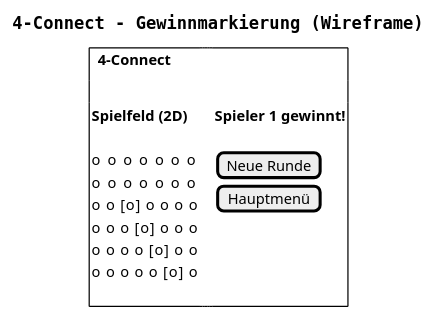
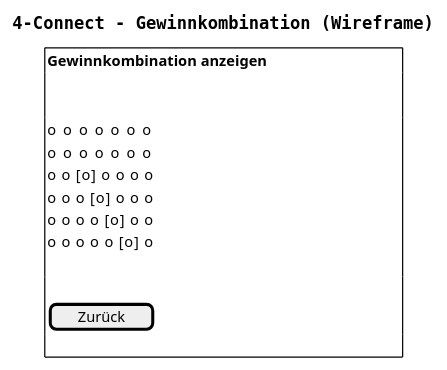
Before and after one commit to realLucas01/SEGR11: the diagram in prototyp/Wireframe-08_gewinnmarkierung.puml, drawn with PlantUML. The commit also changed 7 other files, not shown here.

```diff
--- a/prototyp/Wireframe-08_gewinnmarkierung.puml
+++ b/prototyp/Wireframe-08_gewinnmarkierung.puml
@@ -1,30 +1,26 @@
-@startuml
-title 4-Connect - Gewinnmarkierung (Wireframe)
+@startuml Gewinnkombination
+title 4-Connect - Gewinnkombination (Wireframe)
 
 skinparam defaultFontName Monospaced
 
 salt
 {
   {+
-    {^ **4-Connect **}
+    { **Gewinnkombination anzeigen                                   **}
 .
-    { **Spielfeld (2D)** 
 .
+    {
     o o  o  o  o  o  o
     o o  o  o  o  o  o
     o o [o] o  o  o  o
     o o  o [o] o  o  o
     o o  o  o [o] o  o
     o o  o  o  o [o] o
-
-    } {}{}{}{}{} { 
-      
-      **Spieler 1 gewinnt!**
+    }
 .
-      [Neue Runde]
-      [Hauptmenü ]
-    }
-    .
+.
+    {[  Zurück  ]}
+.
   }
 }
 @enduml
```
